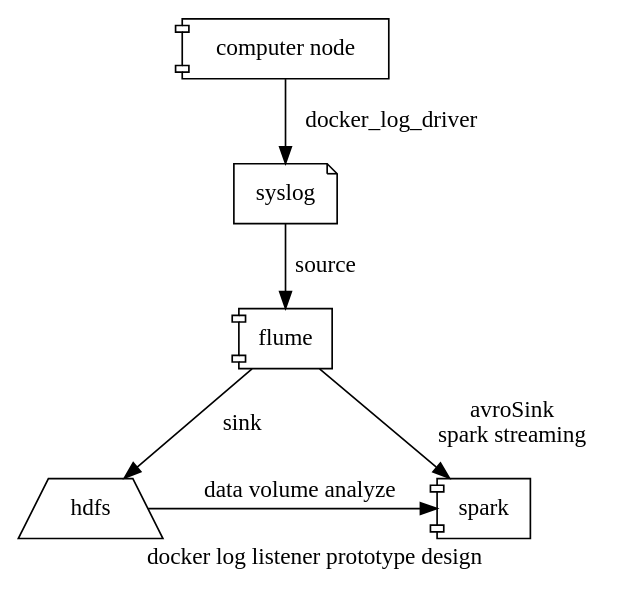
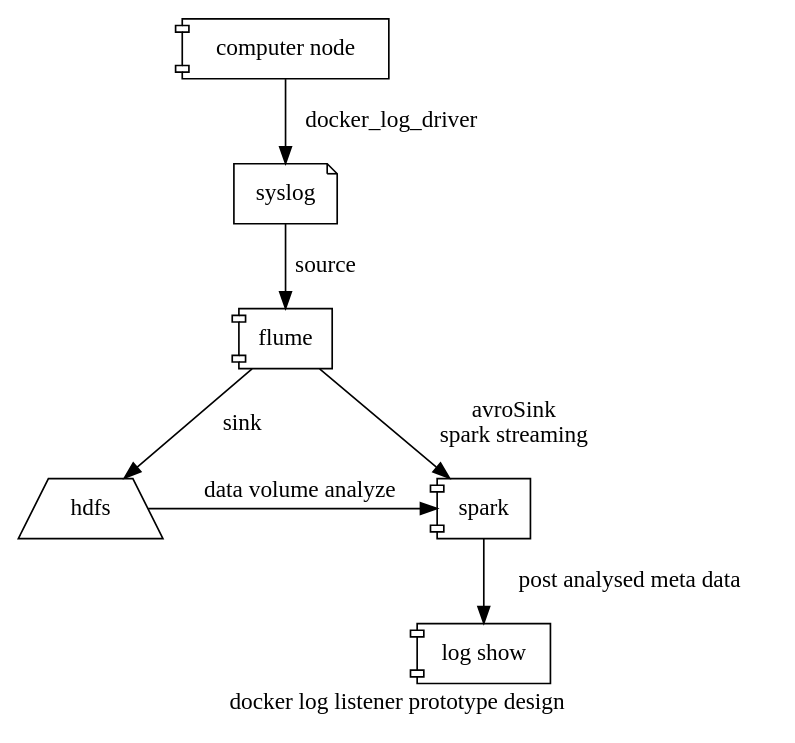
The diagram in prototype_arch_design.dot (mowentian/docker_log_listener_prototype), drawn with Graphviz before and after one commit. The commit also changed 2 other files, not shown here.

```diff
--- a/prototype_arch_design.dot
+++ b/prototype_arch_design.dot
@@ -1,18 +1,21 @@
 digraph G {
   label = "docker log listener prototype design"
   cn [label = "computer node" shape = component]
   cn -> sl [label = docker_log_driver]
   sl [label = "syslog" shape = note]
 
   f [label = "flume" shape = "component"]
   hdfs [shape = trapezium]
   sl -> f [label = "source"]
   f -> hdfs [label = "sink"]
 
   sp [label = "spark", shape = "component"]
   hdfs -> sp [label = "data volume analyze"]
 
+  ls [label = "log show", shape = "component"]
+  sp -> ls [label = "post analysed meta data"]
+
   {rank = same; hdfs; sp}
 
   f -> sp [label = "avroSink\nspark streaming"]
 }
```
